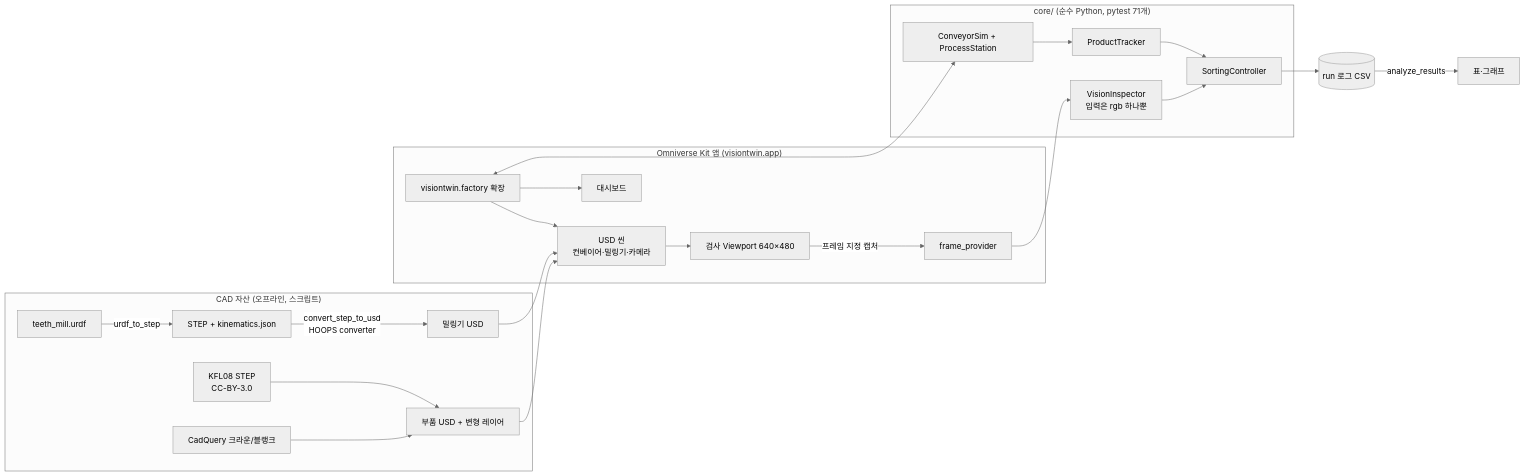
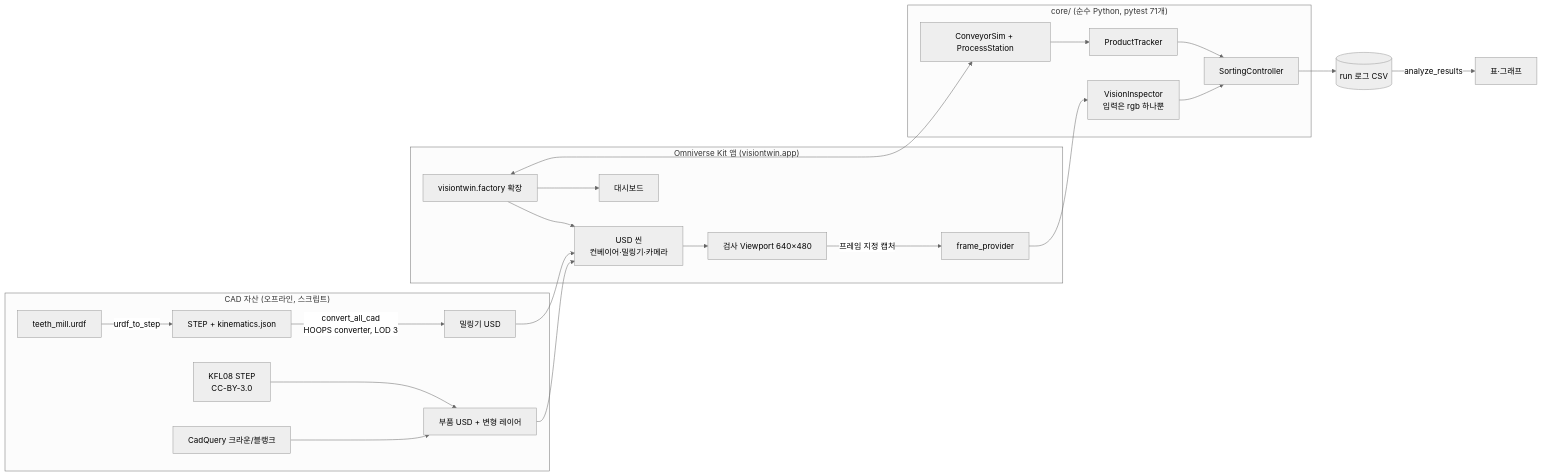
The diagram in README.md (streetlamplee/dental-cell-twin), drawn with Mermaid (neutral theme) before and after one commit. The commit also changed other lines of this file and 12 other files, not shown here.

Commit message:
docs: STEP to USD upgrade decision, HOOPS option findings, README conversion quality

````diff
--- a/README.md
+++ b/README.md
@@ -39,26 +40,26 @@
 ```mermaid
 flowchart LR
   subgraph CAD["CAD 자산 (오프라인, 스크립트)"]
     URDF[teeth_mill.urdf] -->|urdf_to_step| STP[STEP + kinematics.json]
-    STP -->|convert_step_to_usd<br/>HOOPS converter| MUSD[밀링기 USD]
+    STP -->|convert_all_cad<br/>HOOPS converter, LOD 3| MUSD[밀링기 USD]
     WEB[KFL08 STEP<br/>CC-BY-3.0] --> PUSD[부품 USD + 변형 레이어]
     DENT[CadQuery 크라운/블랭크] --> PUSD
   end
   subgraph KIT["Omniverse Kit 앱 (visiontwin.app)"]
     EXT[visiontwin.factory 확장] --> SCENE[USD 씬<br/>컨베이어·밀링기·카메라]
     SCENE --> VP[검사 Viewport 640×480]
     VP -->|프레임 지정 캡처| FP[frame_provider]
     EXT --> UI[대시보드]
   end
   subgraph CORE["core/ (순수 Python, pytest 71개)"]
     SIM[ConveyorSim + ProcessStation] --> TRK[ProductTracker]
     INS[VisionInspector<br/>입력은 rgb 하나뿐] --> SORT[SortingController]
     TRK --> SORT
   end
   MUSD --> SCENE
   PUSD --> SCENE
   EXT <--> SIM
   FP --> INS
   SORT --> LOG[(run 로그 CSV)]
   LOG -->|analyze_results| REP[표·그래프]
 ```
````
